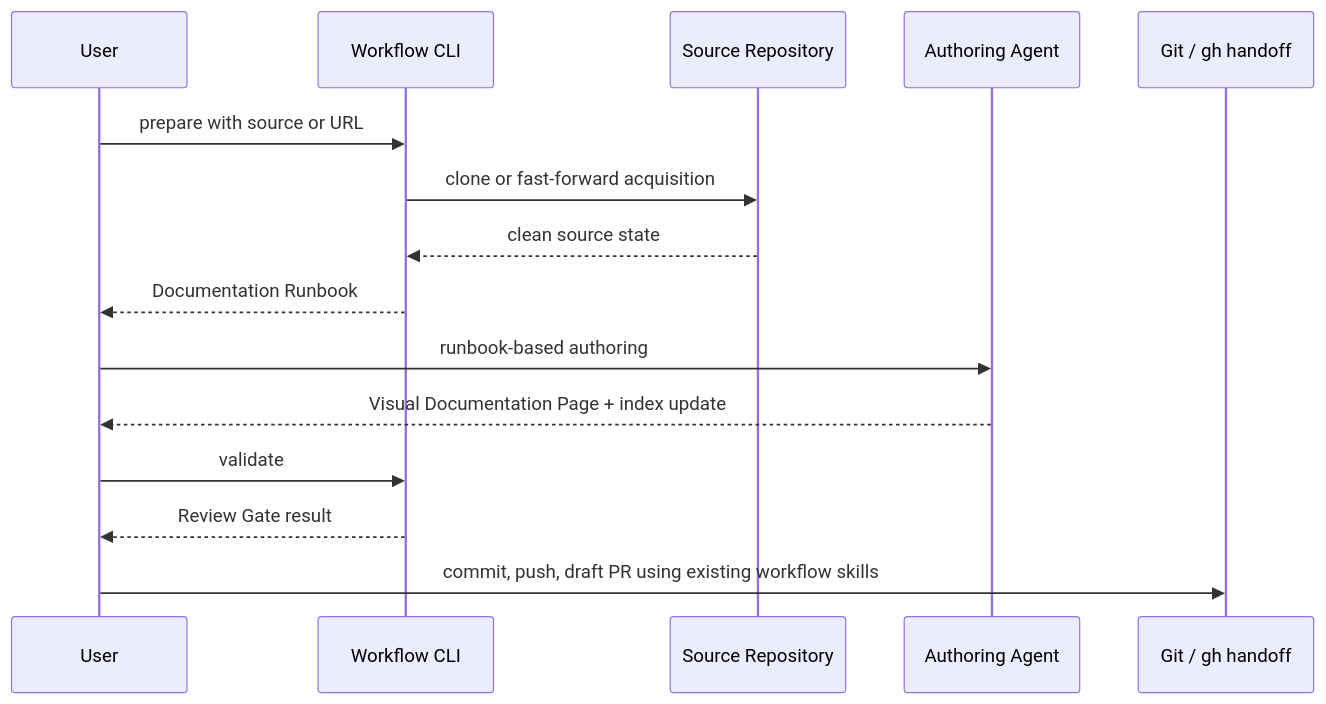
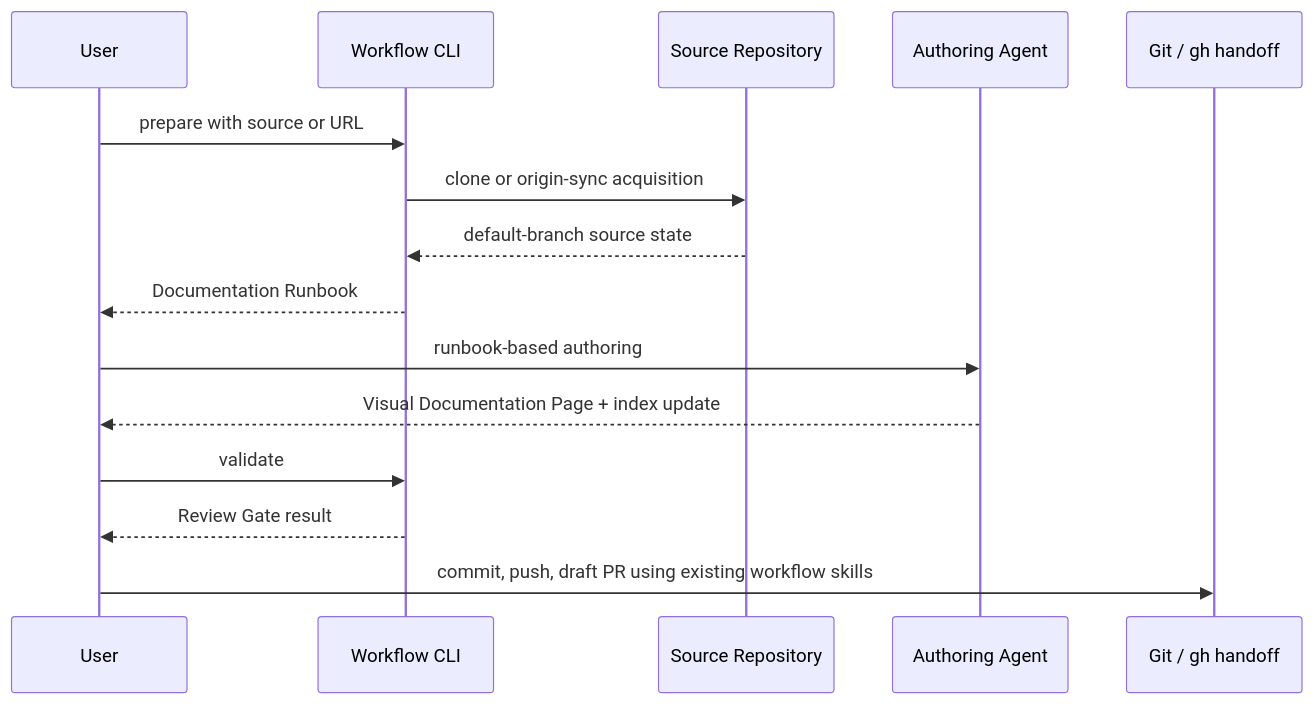
Before and after one commit to 53able/docs-site: the second of 2 diagrams in docs/design-docs/visual-doc-workflow.md, drawn with Mermaid. The commit also changed other lines of this file and 3 other files, not shown here.

First line of the commit message:
feat(workflow): sync existing repos to origin HEAD

````diff
--- a/docs/design-docs/visual-doc-workflow.md
+++ b/docs/design-docs/visual-doc-workflow.md
@@ -81,18 +81,18 @@
 ```mermaid
 sequenceDiagram
     participant User
     participant CLI as Workflow CLI
     participant Source as Source Repository
     participant Agent as Authoring Agent
     participant Git as Git / gh handoff
 
     User->>CLI: prepare with source or URL
-    CLI->>Source: clone or fast-forward acquisition
-    Source-->>CLI: clean source state
+    CLI->>Source: clone or origin-sync acquisition
+    Source-->>CLI: default-branch source state
     CLI-->>User: Documentation Runbook
     User->>Agent: runbook-based authoring
     Agent-->>User: Visual Documentation Page + index update
     User->>CLI: validate
     CLI-->>User: Review Gate result
     User->>Git: commit, push, draft PR using existing workflow skills
 ```
````
